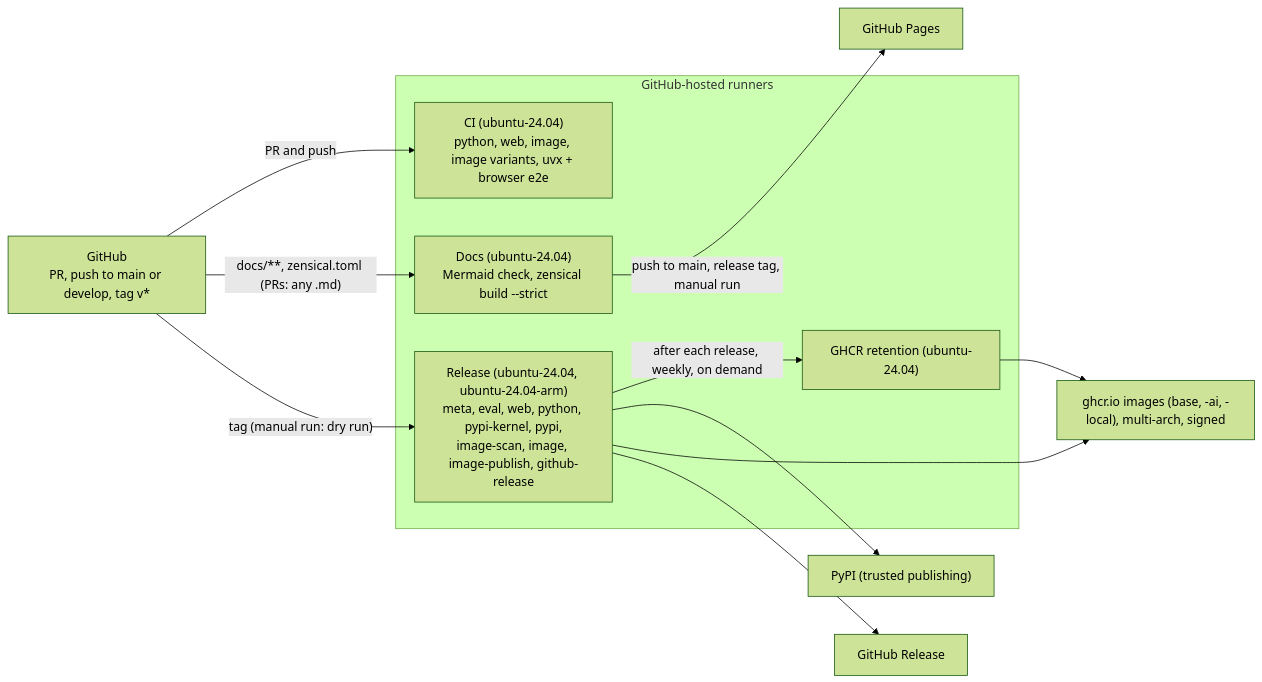
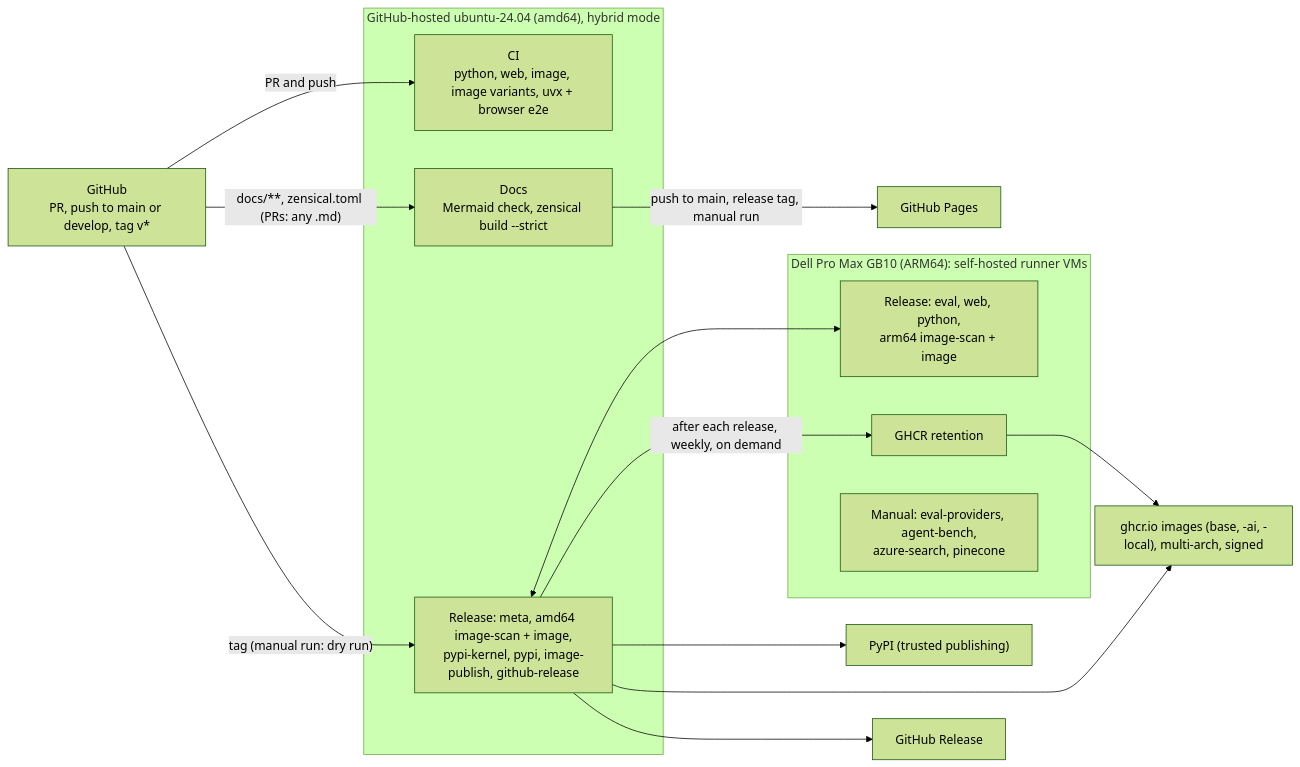
Before and after one commit to SirCypkowskyy/ExactDocs: the second of 2 diagrams in docs/releasing.md, drawn with Mermaid (forest theme). The commit also changed other lines of this file and 3 other files, not shown here.

Commit message:
docs(release): the hybrid runner layout and the RUNNER_MODE fallback switch (#478)

````diff
--- a/docs/releasing.md
+++ b/docs/releasing.md
@@ -339,19 +392,24 @@
 ```mermaid
 flowchart LR
     gh["GitHub<br/>PR, push to main or develop, tag v*"]
-    subgraph hosted ["GitHub-hosted runners"]
-        ci["CI (ubuntu-24.04)<br/>python, web, image, image variants, uvx + browser e2e"]
-        docs["Docs (ubuntu-24.04)<br/>Mermaid check, zensical build --strict"]
-        rel["Release (ubuntu-24.04, ubuntu-24.04-arm)<br/>meta, eval, web, python, pypi-kernel, pypi,<br/>image-scan, image, image-publish, github-release"]
-        ret["GHCR retention (ubuntu-24.04)"]
+    subgraph hosted ["GitHub-hosted ubuntu-24.04 (amd64), hybrid mode"]
+        ci["CI<br/>python, web, image, image variants, uvx + browser e2e"]
+        docs["Docs<br/>Mermaid check, zensical build --strict"]
+        relh["Release: meta, amd64 image-scan + image,<br/>pypi-kernel, pypi, image-publish, github-release"]
+    end
+    subgraph gb10 ["Dell Pro Max GB10 (ARM64): self-hosted runner VMs"]
+        rels["Release: eval, web, python,<br/>arm64 image-scan + image"]
+        ret["GHCR retention"]
+        manual["Manual: eval-providers, agent-bench,<br/>azure-search, pinecone"]
     end
     gh -->|PR and push| ci
     gh -->|"docs/**, zensical.toml (PRs: any .md)"| docs
-    gh -->|"tag (manual run: dry run)"| rel
-    rel -->|after each release, weekly, on demand| ret
+    gh -->|"tag (manual run: dry run)"| relh
+    relh <--> rels
+    relh -->|after each release, weekly, on demand| ret
     docs -->|"push to main, release tag, manual run"| pages["GitHub Pages"]
-    rel --> pypi["PyPI (trusted publishing)"]
-    rel --> ghcr["ghcr.io images (base, -ai, -local), multi-arch, signed"]
-    rel --> ghrel["GitHub Release"]
+    relh --> pypi["PyPI (trusted publishing)"]
+    relh --> ghcr["ghcr.io images (base, -ai, -local), multi-arch, signed"]
+    relh --> ghrel["GitHub Release"]
     ret --> ghcr
 ```
````
